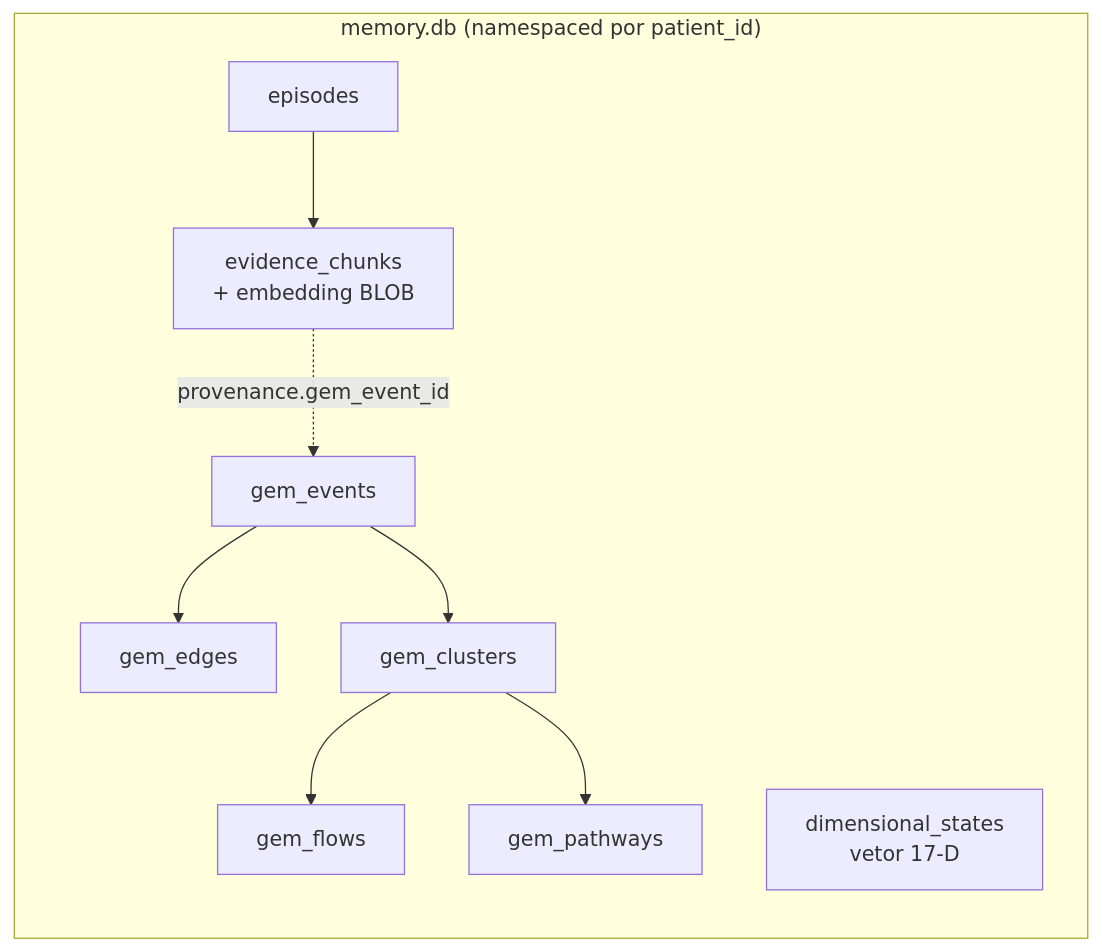
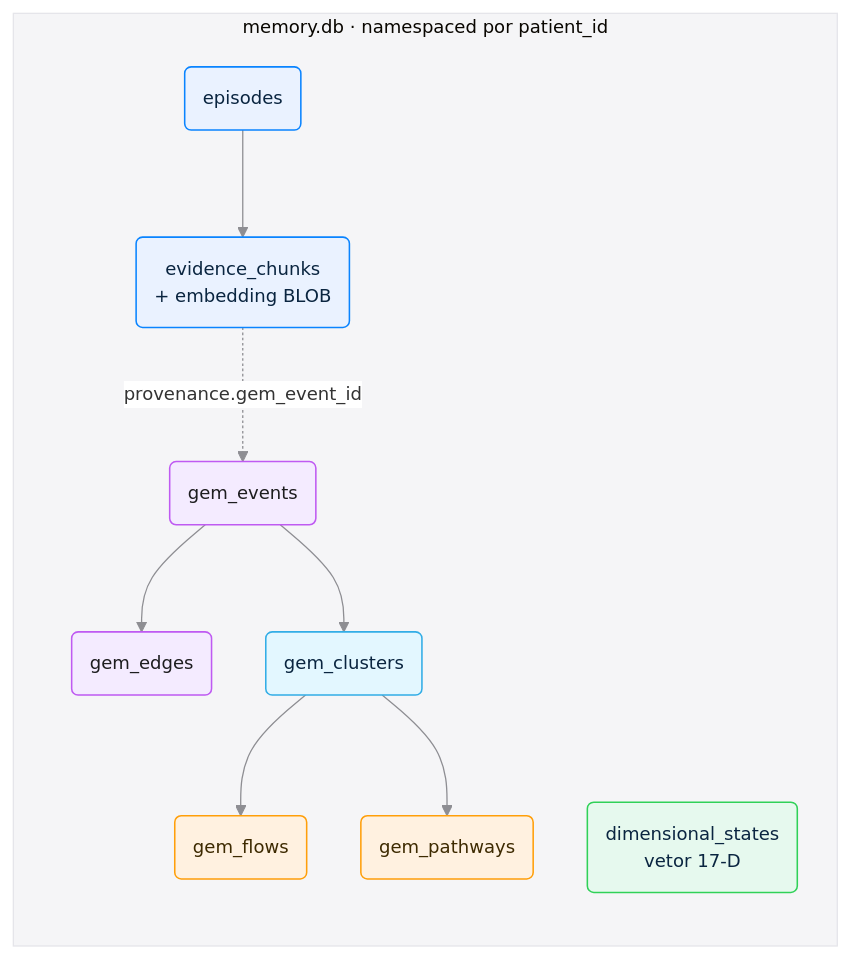
Before and after one commit to myselfgus/patient-memory: the second of 9 diagrams in README.md, drawn with Mermaid. The commit also changed other lines of this file, not shown here.

Commit message:
style(readme): refina diagramas mermaid com linguagem visual Liquid Glass (tema SF, painéis frosted, paleta de sistema Apple, cantos arredondados)

````diff
--- a/README.md
+++ b/README.md
@@ -63,21 +83,33 @@
 ```mermaid
+%%{init: {"theme":"base","themeVariables":{"fontFamily":"-apple-system, BlinkMacSystemFont, Segoe UI, Helvetica, Arial, sans-serif","fontSize":"14px","lineColor":"#8E8E93","clusterBkg":"#F5F5F7","clusterBorder":"#E5E5EA","edgeLabelBackground":"#FFFFFF"},"flowchart":{"curve":"basis","htmlLabels":true,"padding":14,"nodeSpacing":42,"rankSpacing":58}}}%%
 flowchart LR
-    subgraph SQLite["memory.db (namespaced por patient_id)"]
+    subgraph SQLite["memory.db · namespaced por patient_id"]
         direction TB
-        E["episodes"]
-        EC["evidence_chunks<br/>+ embedding BLOB"]
-        DS["dimensional_states<br/>vetor 17-D"]
-        GE["gem_events"]
-        GED["gem_edges"]
-        GC["gem_clusters"]
-        GF["gem_flows"]
-        GP["gem_pathways"]
+        E("episodes")
+        EC("evidence_chunks<br/>+ embedding BLOB")
+        DS("dimensional_states<br/>vetor 17-D")
+        GE("gem_events")
+        GED("gem_edges")
+        GC("gem_clusters")
+        GF("gem_flows")
+        GP("gem_pathways")
     end
 
     E --> EC
     EC -.->|"provenance.gem_event_id"| GE
     GE --> GED
     GE --> GC
     GC --> GF
     GC --> GP
+
+    classDef blue fill:#EAF2FF,stroke:#0A84FF,stroke-width:1.2px,color:#0A2540
+    classDef green fill:#E6F9EE,stroke:#30D158,stroke-width:1.2px,color:#0A2540
+    classDef purple fill:#F4EBFF,stroke:#BF5AF2,stroke-width:1.2px,color:#1D1D1F
+    classDef teal fill:#E3F7FF,stroke:#32ADE6,stroke-width:1.2px,color:#0A2540
+    classDef orange fill:#FFF1E0,stroke:#FF9F0A,stroke-width:1.2px,color:#3D2A00
+    class E,EC blue
+    class DS green
+    class GE,GED purple
+    class GC teal
+    class GF,GP orange
 ```
````
